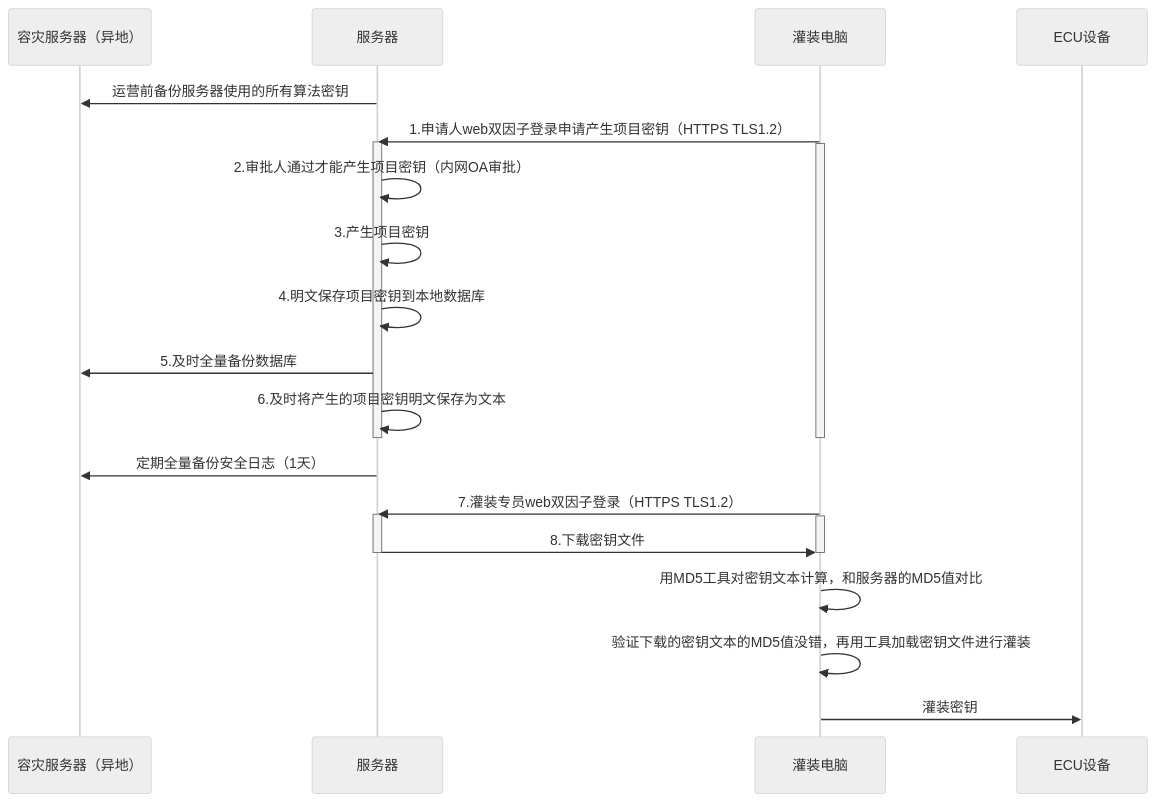
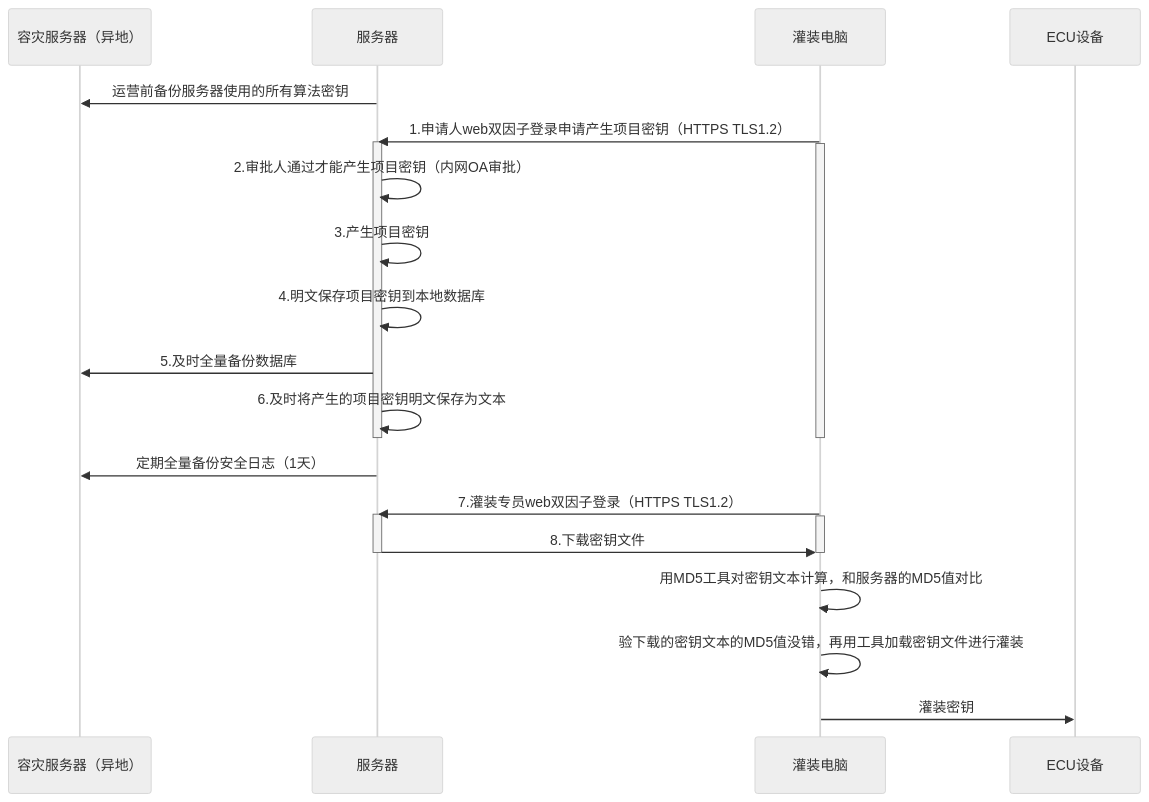
The diagram in all/未命名-17.md (facebook-cloud/iodraw-files), drawn with Mermaid (neutral theme) before and after one commit.

Commit message:
2026-03-05 20:59:19 update

````diff
--- a/all/未命名-17.md
+++ b/all/未命名-17.md
@@ -1,33 +1,33 @@
 ```mermaid
 sequenceDiagram
     participant A as 容灾服务器（异地）
     participant B as 服务器
     participant D as 灌装电脑
     participant E as ECU设备
 
     B->>A: 运营前备份服务器使用的所有算法密钥
     D->>B: 1.申请人web双因子登录申请产生项目密钥（HTTPS TLS1.2）
     activate B
     activate D
     B->>B: 2.审批人通过才能产生项目密钥（内网OA审批）
     B->>B: 3.产生项目密钥
     B->>B: 4.明文保存项目密钥到本地数据库
     B->>A: 5.及时全量备份数据库
     B->>B: 6.及时将产生的项目密钥明文保存为文本
     deactivate B
     deactivate D
 
     B->>A: 定期全量备份安全日志（1天）
     
     D->>B: 7.灌装专员web双因子登录（HTTPS TLS1.2）
     activate B
     activate D
     B->>D: 8.下载密钥文件
     deactivate B
     deactivate D
 
     D->>D:用MD5工具对密钥文本计算，和服务器的MD5值对比
-    D->>D:验证下载的密钥文本的MD5值没错，再用工具加载密钥文件进行灌装
+    D->>D:验下载的密钥文本的MD5值没错，再用工具加载密钥文件进行灌装
     
     D->>E: 灌装密钥
 ```
````
